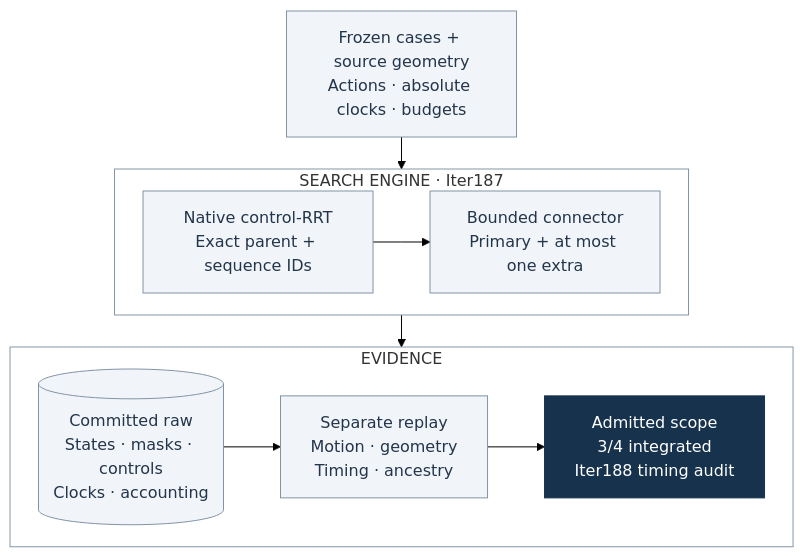
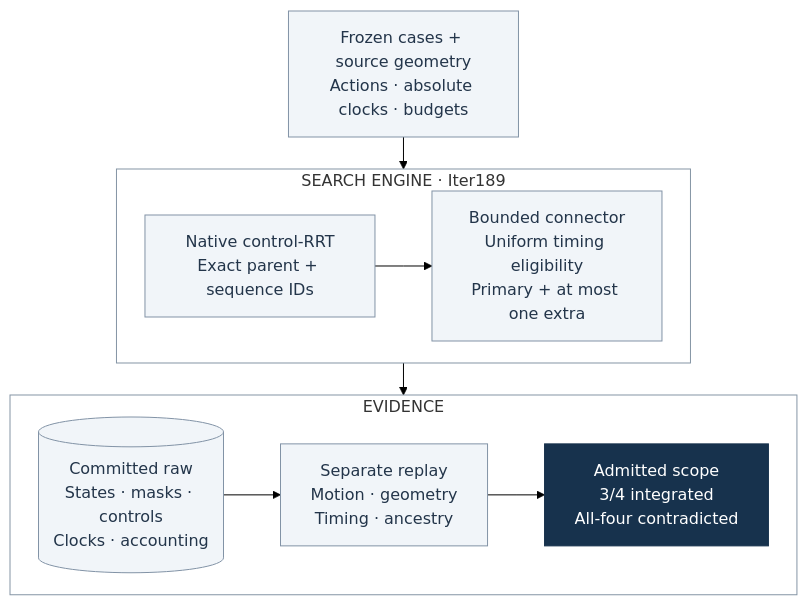
Before and after one commit to manfromnowhere143/sentinel: the first of 10 diagrams in docs/ARCHITECTURE.md, drawn with Mermaid (forest theme). The commit also changed other lines of this file and 42 other files, not shown here.

Commit message:
Close Iter189 timing trial and document the remaining expansion question

````diff
--- a/docs/ARCHITECTURE.md
+++ b/docs/ARCHITECTURE.md
@@ -17,29 +17,29 @@
 ```mermaid
 ---
 config:
   flowchart:
     curve: linear
     nodeSpacing: 24
     wrappingWidth: 170
     rankSpacing: 32
 ---
 flowchart TB
   accTitle: Current recovery research engine and evidence path
   accDescr: Privileged search produces raw records; separate replay admits bounded claims.
   S["Frozen cases + source geometry<br/>Actions · absolute clocks · budgets"]
-  subgraph P["SEARCH ENGINE · Iter187"]
+  subgraph P["SEARCH ENGINE · Iter189"]
     direction LR
-    R["Native control-RRT<br/>Exact parent + sequence IDs"] --> C["Bounded connector<br/>Primary + at most one extra"]
+    R["Native control-RRT<br/>Exact parent + sequence IDs"] --> C["Bounded connector<br/>Uniform timing eligibility<br/>Primary + at most one extra"]
   end
   S --> P
   subgraph E["EVIDENCE"]
     direction LR
-    D[("Committed raw<br/>States · masks · controls<br/>Clocks · accounting")] --> V["Separate replay<br/>Motion · geometry<br/>Timing · ancestry"] --> A["Admitted scope<br/>3/4 integrated<br/>Iter188 timing audit"]
+    D[("Committed raw<br/>States · masks · controls<br/>Clocks · accounting")] --> V["Separate replay<br/>Motion · geometry<br/>Timing · ancestry"] --> A["Admitted scope<br/>3/4 integrated<br/>All-four contradicted"]
   end
   P --> E
   classDef default fill:#f1f5f9,stroke:#8293a6,color:#23354a;
   classDef focus fill:#17324d,stroke:#17324d,color:#fff;
   class A focus;
   style P fill:transparent,stroke:#8595a5
   style E fill:transparent,stroke:#8595a5
 ```
````
